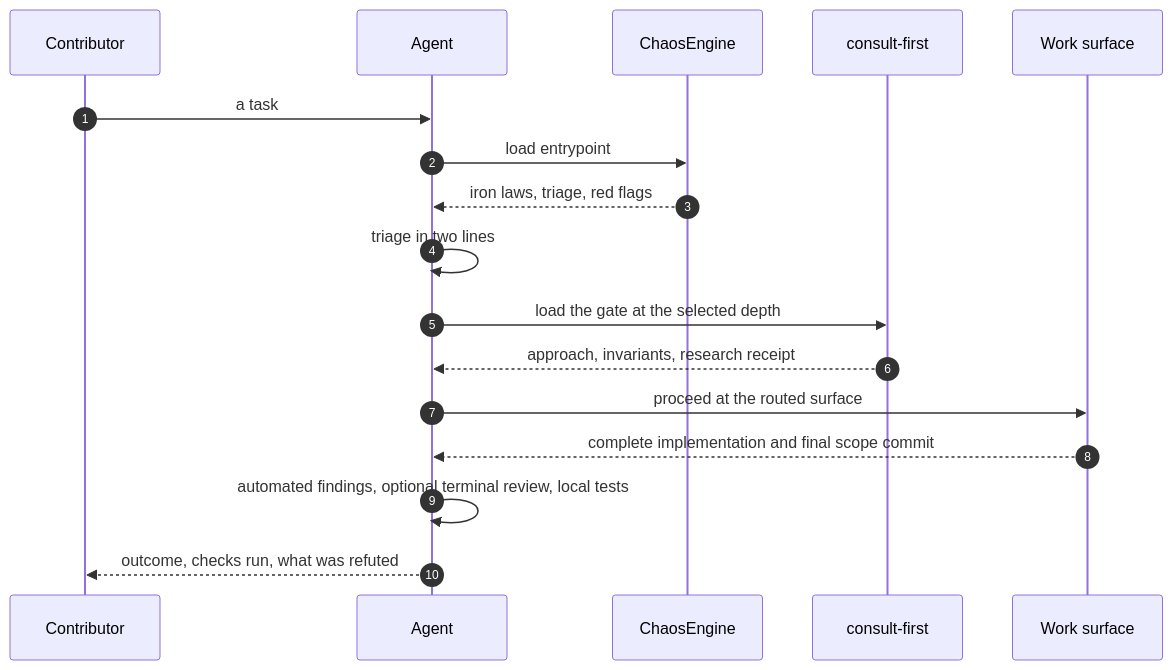
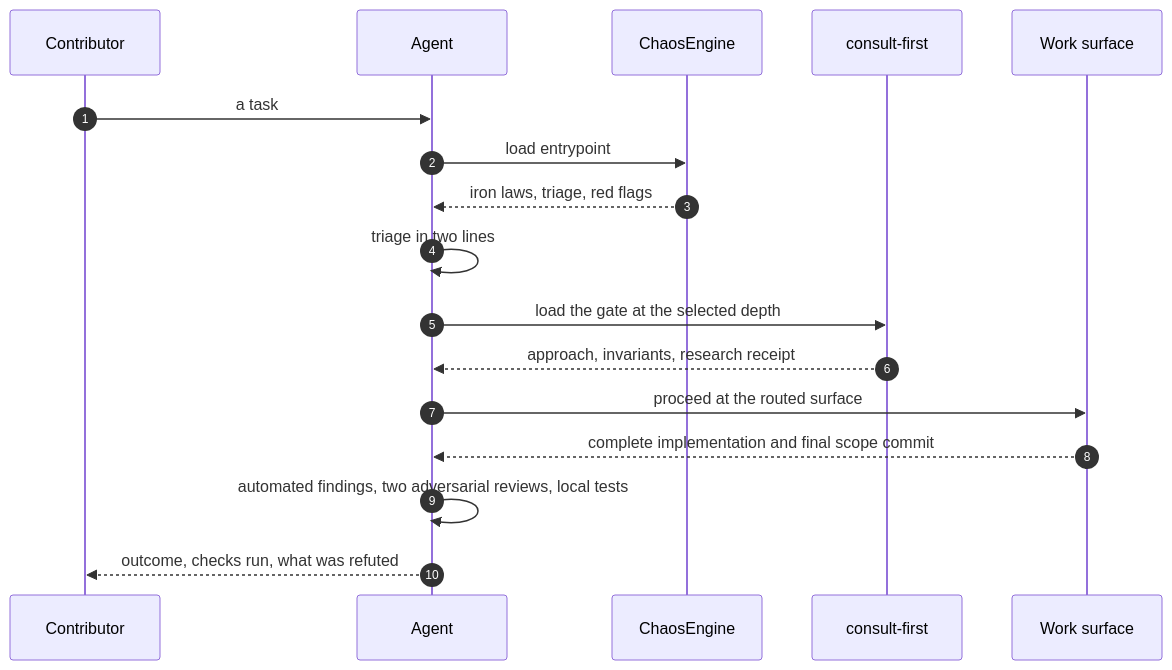
The second of 4 diagrams in .agents/skills/README.md (ShaftHQ/SHAFT_ENGINE), drawn with Mermaid before and after one commit. The commit also changed other lines of this file and 2 other files, not shown here.

````diff
--- a/.agents/skills/README.md
+++ b/.agents/skills/README.md
@@ -55,20 +55,20 @@
 ```mermaid
 sequenceDiagram
     autonumber
     participant U as Contributor
     participant A as Agent
     participant E as ChaosEngine
     participant G as consult-first
     participant W as Work surface
 
     U->>A: a task
     A->>E: load entrypoint
     E-->>A: iron laws, triage, red flags
     A->>A: triage in two lines
     A->>G: load the gate at the selected depth
     G-->>A: approach, invariants, research receipt
     A->>W: proceed at the routed surface
     W-->>A: complete implementation and final scope commit
-    A->>A: automated findings, optional terminal review, local tests
+    A->>A: automated findings, two adversarial reviews, local tests
     A-->>U: outcome, checks run, what was refuted
 ```
````
